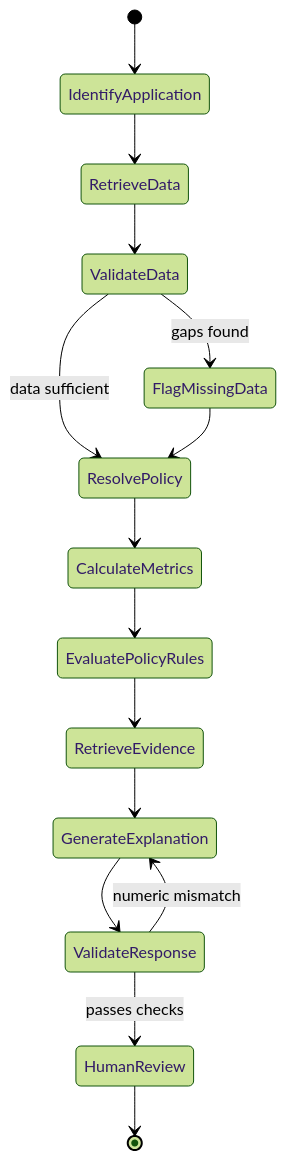
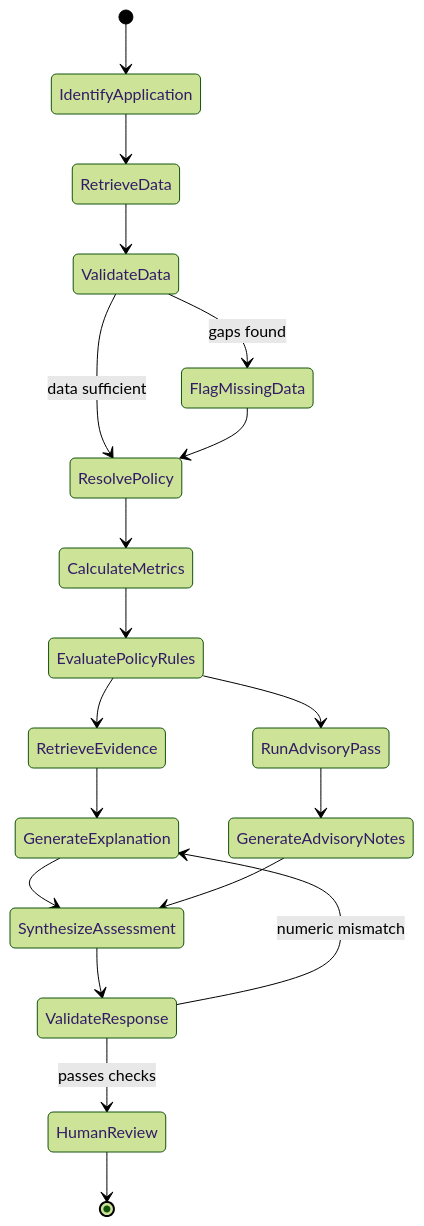
The third of 3 diagrams in Credit Decision Support & Policy Intelligence Platform.md (Gaurav1090/RAG-Project), drawn with Mermaid (forest theme) before and after one commit. The commit also changed other lines of this file and 1 other file, not shown here.

First line of the commit message:
Fix doc-edit artifacts and update plan for two-pass agent design

````diff
--- a/Credit Decision Support & Policy Intelligence Platform.md
+++ b/Credit Decision Support & Policy Intelligence Platform.md
@@ -155,17 +162,21 @@
 ```mermaid
 stateDiagram-v2
     [*] --> IdentifyApplication
     IdentifyApplication --> RetrieveData
     RetrieveData --> ValidateData
     ValidateData --> FlagMissingData: gaps found
     ValidateData --> ResolvePolicy: data sufficient
     FlagMissingData --> ResolvePolicy
     ResolvePolicy --> CalculateMetrics
     CalculateMetrics --> EvaluatePolicyRules
     EvaluatePolicyRules --> RetrieveEvidence
+    EvaluatePolicyRules --> RunAdvisoryPass
     RetrieveEvidence --> GenerateExplanation
-    GenerateExplanation --> ValidateResponse
+    RunAdvisoryPass --> GenerateAdvisoryNotes
+    GenerateExplanation --> SynthesizeAssessment
+    GenerateAdvisoryNotes --> SynthesizeAssessment
+    SynthesizeAssessment --> ValidateResponse
     ValidateResponse --> GenerateExplanation: numeric mismatch
     ValidateResponse --> HumanReview: passes checks
     HumanReview --> [*]
 ```
````
